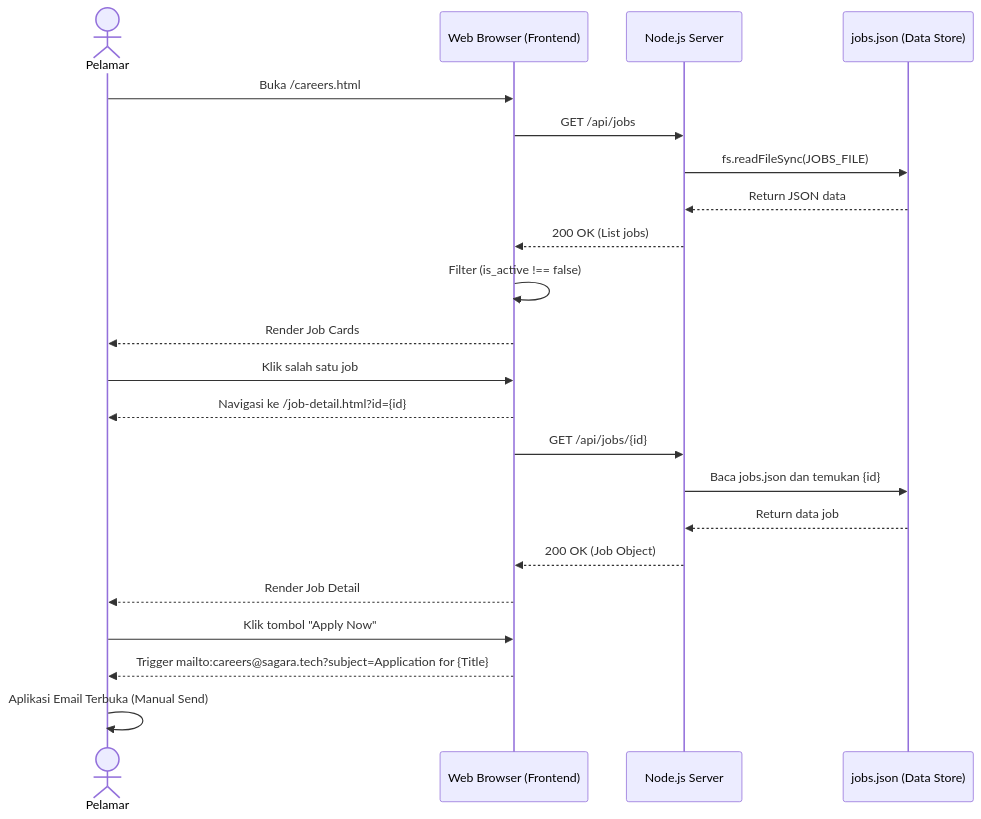
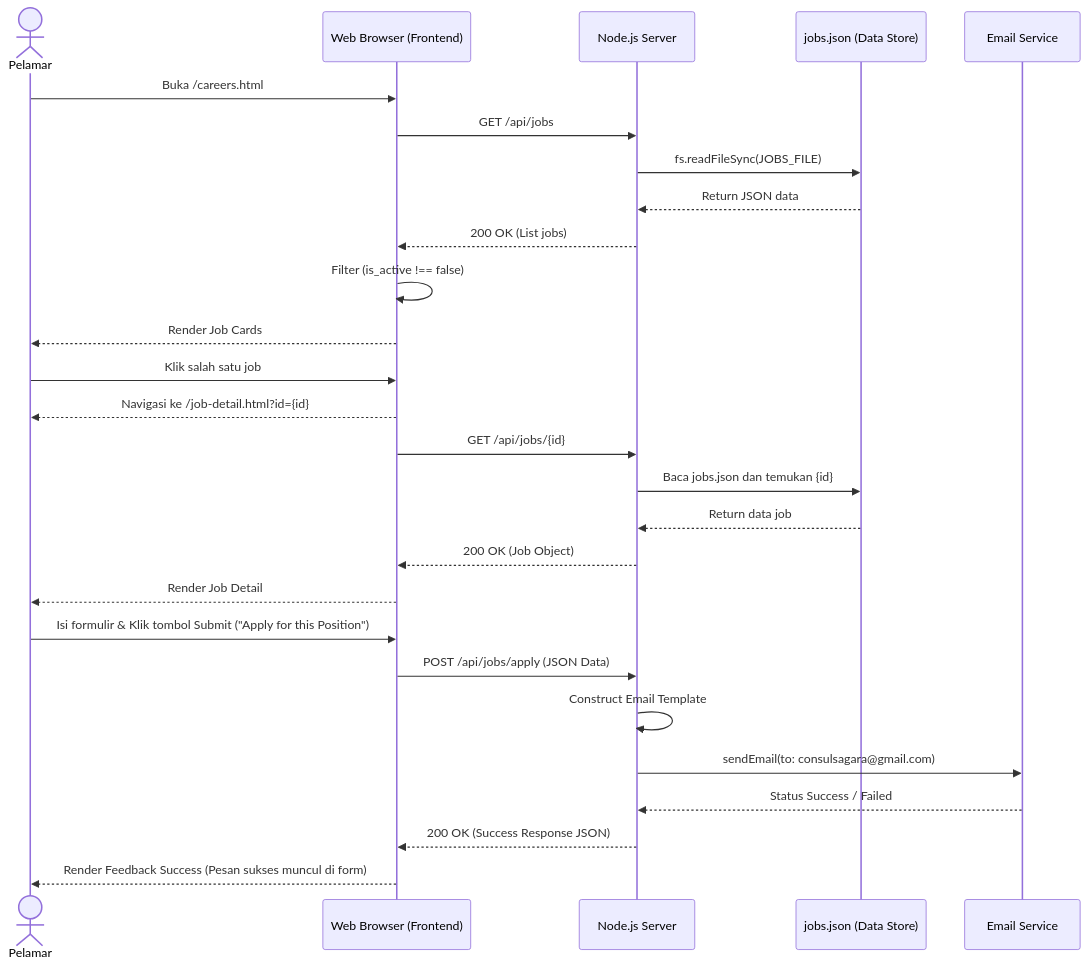
Before and after one commit to 4l3xxx/Sagara_New: the diagram in sagara_revamp/individual_report/job_portal_public_docs.md, drawn with Mermaid. The commit also changed other lines of this file and 6 other files, not shown here.

Commit message:
feat: add job portal pages, routes, email service, and supporting data files

````diff
--- a/sagara_revamp/individual_report/job_portal_public_docs.md
+++ b/sagara_revamp/individual_report/job_portal_public_docs.md
@@ -101,27 +101,31 @@
 ```mermaid
 sequenceDiagram
     actor User as Pelamar
     participant Frontend as Web Browser (Frontend)
     participant Backend as Node.js Server
     participant DB as jobs.json (Data Store)
     
     User->>Frontend: Buka /careers.html
     Frontend->>Backend: GET /api/jobs
     Backend->>DB: fs.readFileSync(JOBS_FILE)
     DB-->>Backend: Return JSON data
     Backend-->>Frontend: 200 OK (List jobs)
     Frontend->>Frontend: Filter (is_active !== false)
     Frontend-->>User: Render Job Cards
     
     User->>Frontend: Klik salah satu job
     Frontend-->>User: Navigasi ke /job-detail.html?id={id}
     Frontend->>Backend: GET /api/jobs/{id}
     Backend->>DB: Baca jobs.json dan temukan {id}
     DB-->>Backend: Return data job
     Backend-->>Frontend: 200 OK (Job Object)
     Frontend-->>User: Render Job Detail
     
-    User->>Frontend: Klik tombol "Apply Now"
-    Frontend-->>User: Trigger mailto:careers@sagara.tech?subject=Application for {Title}
-    User->>User: Aplikasi Email Terbuka (Manual Send)
+    User->>Frontend: Isi formulir & Klik tombol Submit ("Apply for this Position")
+    Frontend->>Backend: POST /api/jobs/apply (JSON Data)
+    Backend->>Backend: Construct Email Template
+    Backend->>Email Service: sendEmail(to: consulsagara@gmail.com)
+    Email Service-->>Backend: Status Success / Failed
+    Backend-->>Frontend: 200 OK (Success Response JSON)
+    Frontend-->>User: Render Feedback Success (Pesan sukses muncul di form)
 ```
````
